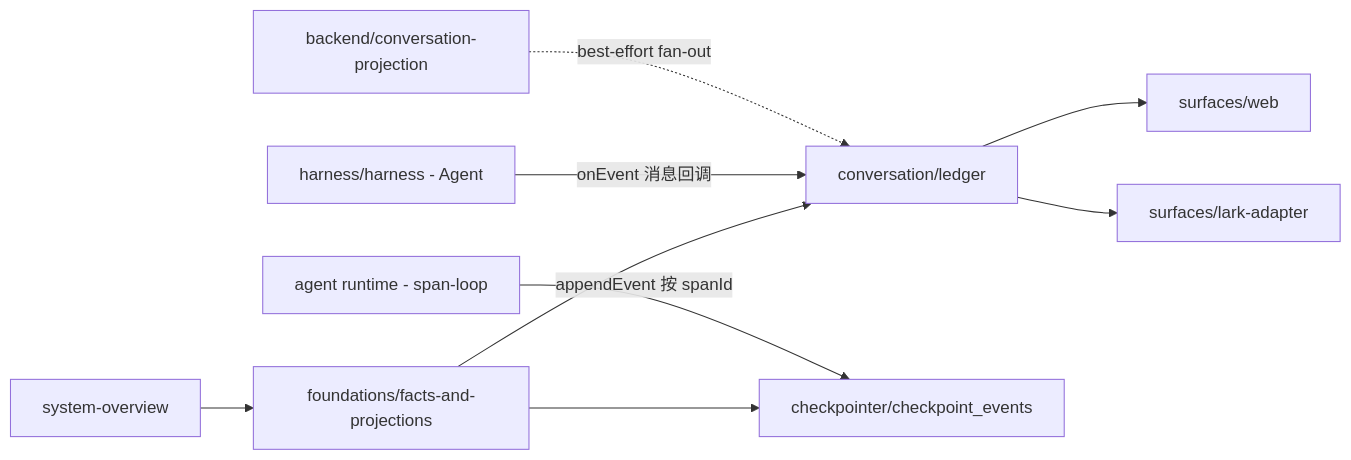
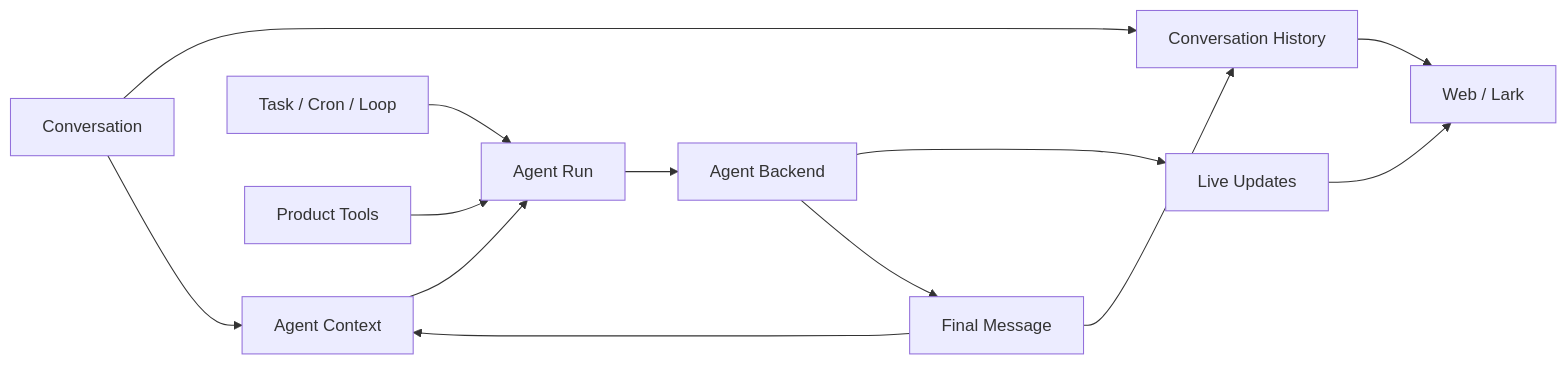
Before and after one commit to Chengchcc/my-agent-dev: the first of 3 diagrams in docs/architecture/map.md, drawn with Mermaid. The commit also changed other lines of this file and 48 other files, not shown here.

First line of the commit message:
docs(repo): add agent-backend and coding-agent rewrite programme

````diff
--- a/docs/architecture/map.md
+++ b/docs/architecture/map.md
@@ -7,11 +7,15 @@
 ```mermaid
 flowchart LR
-  SO[system-overview] --> FP[foundations/facts-and-projections]
-  FP --> Ledger[conversation/ledger]
-  FP --> CE[checkpointer/checkpoint_events]
-  AG[harness/harness - Agent] -->|onEvent 消息回调| Ledger
-  RL[agent runtime - span-loop] -->|appendEvent 按 spanId| CE
-  CP[backend/conversation-projection] -.best-effort fan-out.-> Ledger
-  Ledger --> Web[surfaces/web]
-  Ledger --> Lark[surfaces/lark-adapter]
+  Conversation[Conversation] --> History[Conversation History]
+  Conversation --> Context[Agent Context]
+  Context --> Run[Agent Run]
+  Automation[Task / Cron / Loop] --> Run
+  Tools[Product Tools] --> Run
+  Run --> Backend[Agent Backend]
+  Backend --> Updates[Live Updates]
+  Backend --> Message[Final Message]
+  Message --> History
+  Message --> Context
+  History --> Web[Web / Lark]
+  Updates --> Web
 ```
````
